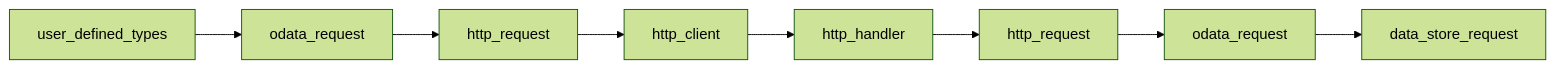
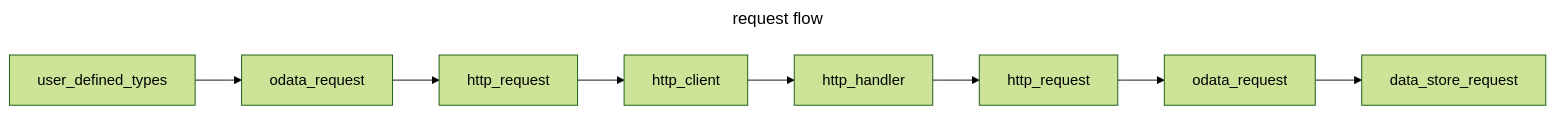
Before and after one commit to OData/odata.net: the first of 2 diagrams in docs/architecture.md, drawn with Mermaid (forest theme). The commit also changed other lines of this file, not shown here.

````diff
--- a/docs/architecture.md
+++ b/docs/architecture.md
@@ -221,21 +221,21 @@
 ```mermaid
 ---
-title:
+title: request flow
 ---
 flowchart LR
     user_defined_types
     odata_request1[odata_request]
     http_request1[http_request]
     http_client
     http_handler
     http_request2[http_request]
     odata_request2[odata_request]
     data_store_request
     user_defined_types --> odata_request1
     odata_request1 --> http_request1
     http_request1 --> http_client
     http_client --> http_handler
     http_handler --> http_request2
     http_request2 --> odata_request2
     odata_request2 --> data_store_request
 ```
````
